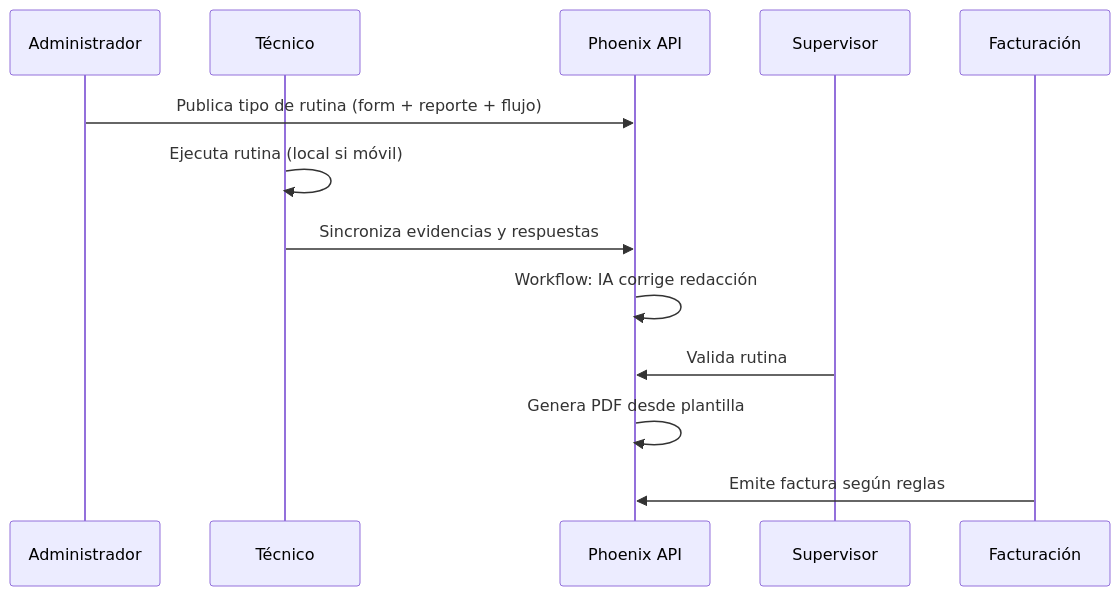
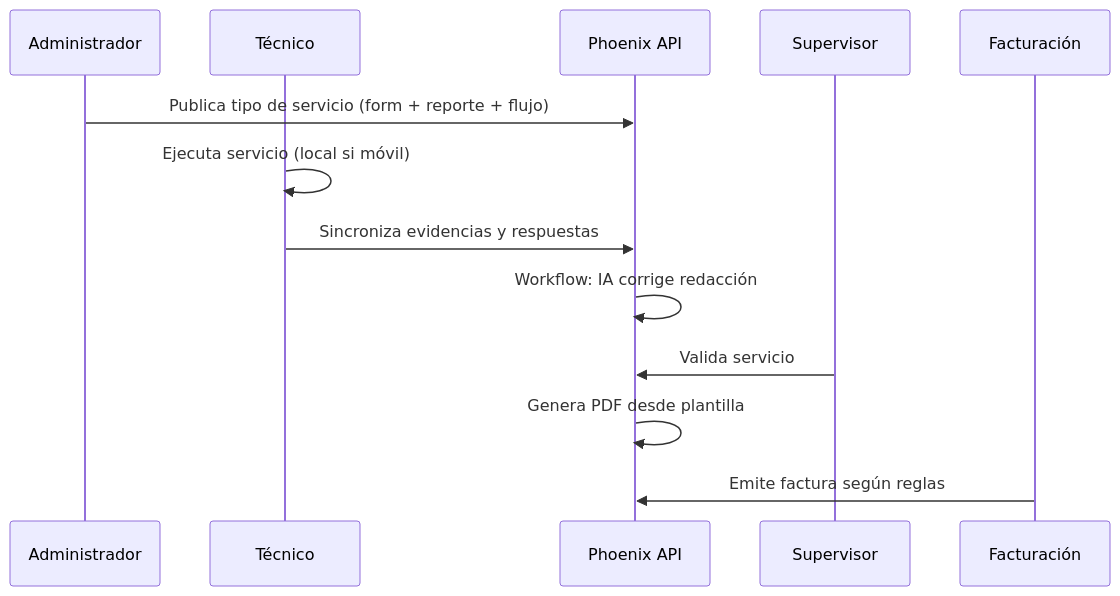
One commit to Adrian247/noah changed the second of 2 diagrams in openspec/vision/concept.md. Above: the diagram before and after it, drawn with Mermaid. The commit also changed other lines of this file and 279 other files, not shown here.

````diff
--- a/openspec/vision/concept.md
+++ b/openspec/vision/concept.md
@@ -65,16 +65,16 @@
 ```mermaid
 sequenceDiagram
   participant A as Administrador
   participant T as Técnico
   participant N as Phoenix API
   participant S as Supervisor
   participant F as Facturación
 
-  A->>N: Publica tipo de rutina (form + reporte + flujo)
-  T->>T: Ejecuta rutina (local si móvil)
+  A->>N: Publica tipo de servicio (form + reporte + flujo)
+  T->>T: Ejecuta servicio (local si móvil)
   T->>N: Sincroniza evidencias y respuestas
   N->>N: Workflow: IA corrige redacción
-  S->>N: Valida rutina
+  S->>N: Valida servicio
   N->>N: Genera PDF desde plantilla
   F->>N: Emite factura según reglas
 ```
````
